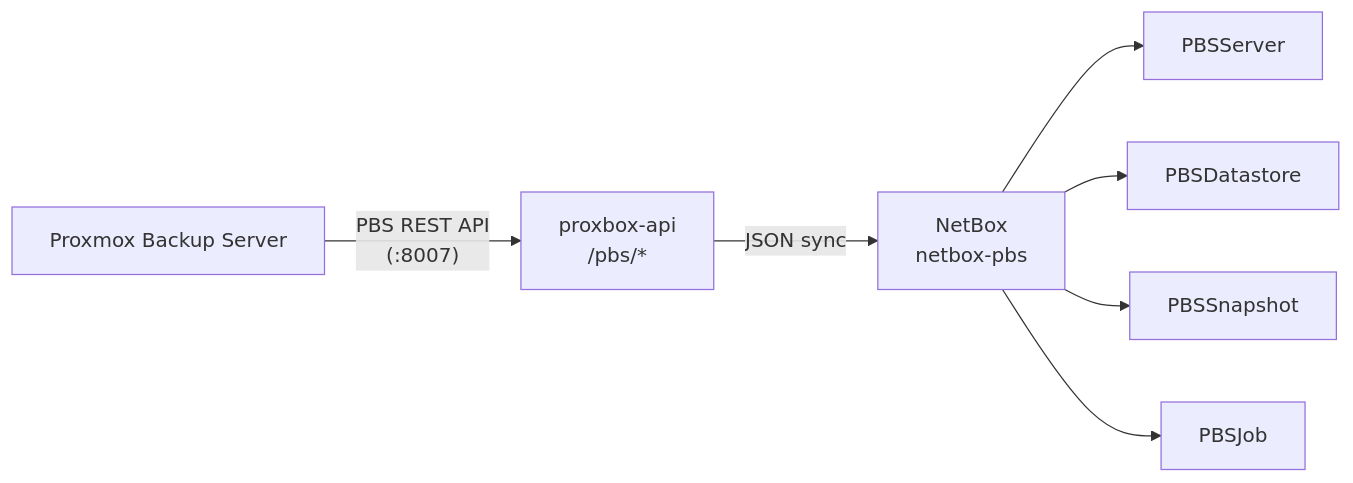
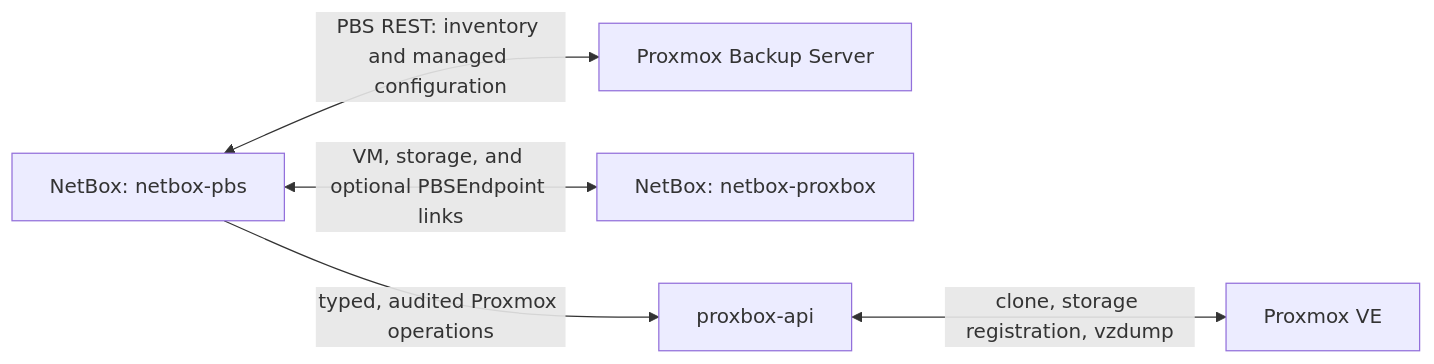
One commit to emersonfelipesp/netbox-proxbox changed the diagram in docs/companion-plugins/netbox-pbs.md. Above: the diagram before and after it, drawn with Mermaid. The commit also changed other lines of this file and 5 other files, not shown here.

````diff
--- a/docs/companion-plugins/netbox-pbs.md
+++ b/docs/companion-plugins/netbox-pbs.md
@@ -7,14 +19,13 @@
 ```mermaid
-graph LR
+flowchart LR
     PBS["Proxmox Backup Server"]
-    API["proxbox-api\n/pbs/*"]
-    NB["NetBox\nnetbox-pbs"]
+    NBPBS["NetBox: netbox-pbs"]
+    NBPX["NetBox: netbox-proxbox"]
+    API["proxbox-api"]
+    PVE["Proxmox VE"]
 
-    PBS -- "PBS REST API\n(:8007)" --> API
-    API -- "JSON sync" --> NB
-
-    NB --> S1["PBSServer"]
-    NB --> S2["PBSDatastore"]
-    NB --> S3["PBSSnapshot"]
-    NB --> S4["PBSJob"]
+    NBPBS <-->|"PBS REST: inventory and managed configuration"| PBS
+    NBPBS <-->|"VM, storage, and optional PBSEndpoint links"| NBPX
+    NBPBS -->|"typed, audited Proxmox operations"| API
+    API <-->|"clone, storage registration, vzdump"| PVE
 ```
````
